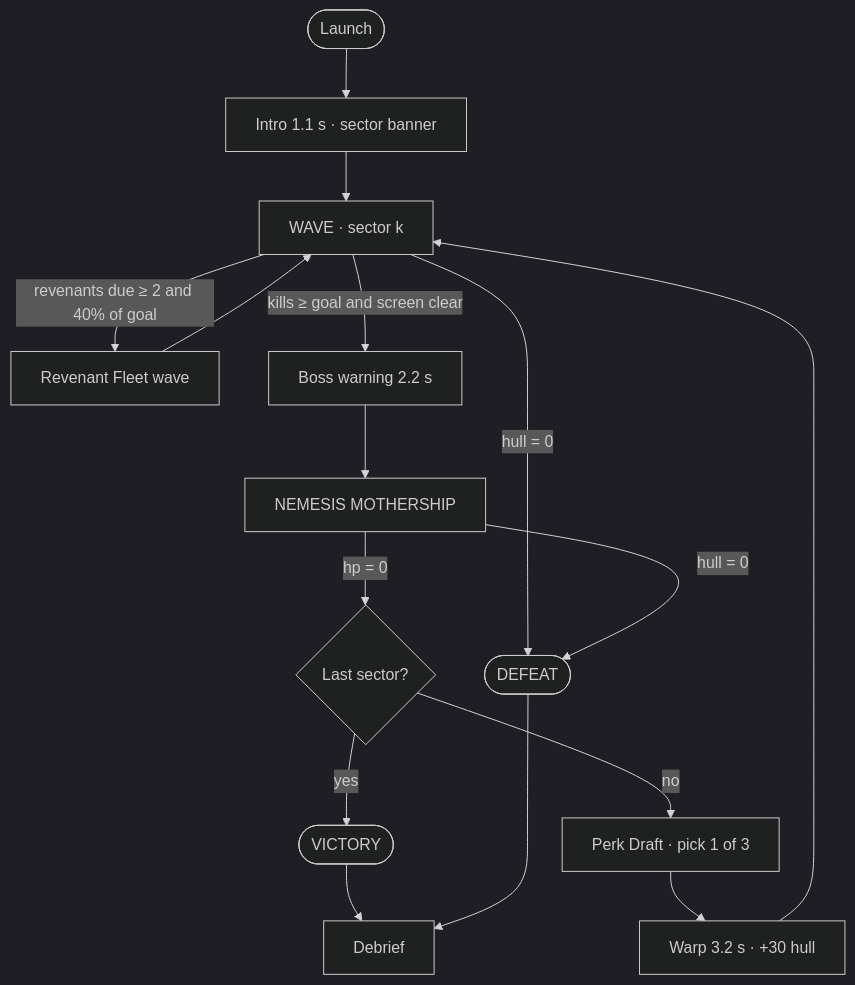
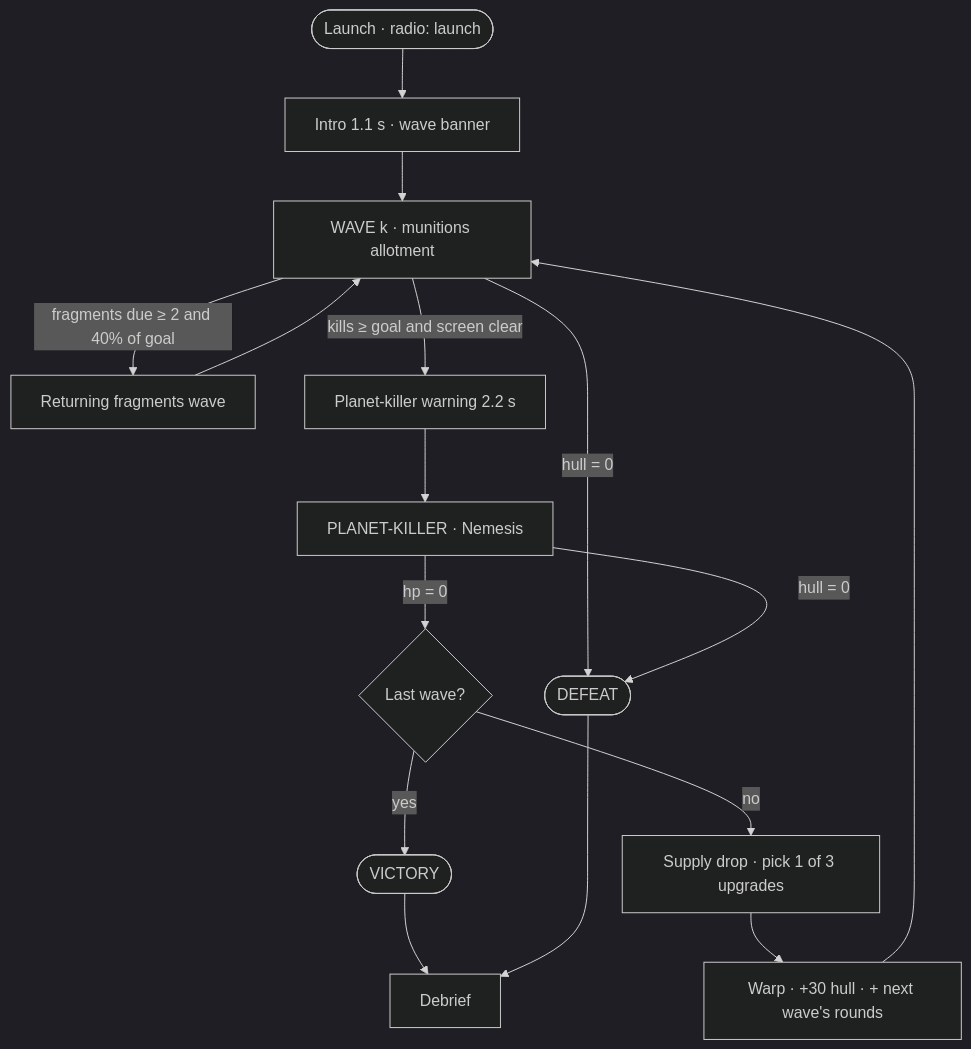
One commit to Arghyajit23-hub/Space-Maths-Game changed the second of 4 diagrams in docs/FLOWMAP.md. Above: the diagram before and after it, drawn with Mermaid (dark theme). The commit also changed other lines of this file and 15 other files, not shown here.

````diff
--- a/docs/FLOWMAP.md
+++ b/docs/FLOWMAP.md
@@ -87,18 +118,18 @@
 ```mermaid
 flowchart TD
-    L([Launch]) --> I[Intro 1.1 s · sector banner]
-    I --> W[WAVE · sector k]
-    W -->|revenants due ≥ 2 and 40% of goal| RV[Revenant Fleet wave]
+    L([Launch · radio: launch]) --> I[Intro 1.1 s · wave banner]
+    I --> W[WAVE k · munitions allotment]
+    W -->|fragments due ≥ 2 and 40% of goal| RV[Returning fragments wave]
     RV --> W
-    W -->|kills ≥ goal and screen clear| BW[Boss warning 2.2 s]
-    BW --> B[NEMESIS MOTHERSHIP]
-    B -->|hp = 0| C{Last sector?}
+    W -->|kills ≥ goal and screen clear| BW[Planet-killer warning 2.2 s]
+    BW --> B[PLANET-KILLER · Nemesis]
+    B -->|hp = 0| C{Last wave?}
     C -- yes --> V([VICTORY])
-    C -- no --> D[Perk Draft · pick 1 of 3]
-    D --> WP[Warp 3.2 s · +30 hull]
+    C -- no --> D[Supply drop · pick 1 of 3 upgrades]
+    D --> WP[Warp · +30 hull · + next wave's rounds]
     WP --> W
     W -->|hull = 0| F([DEFEAT])
     B -->|hull = 0| F
     V --> DB[Debrief]
     F --> DB
 ```
````
